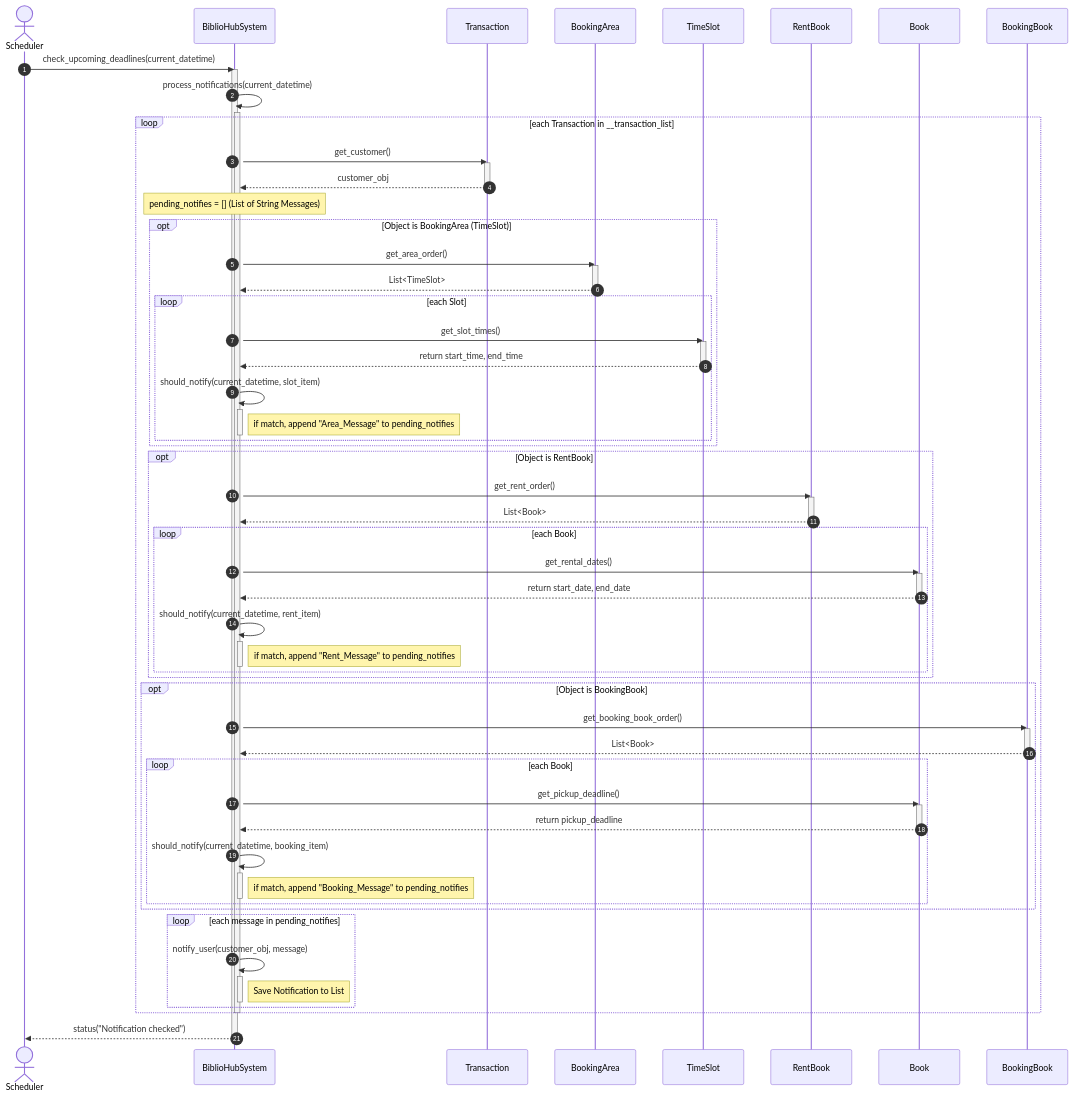
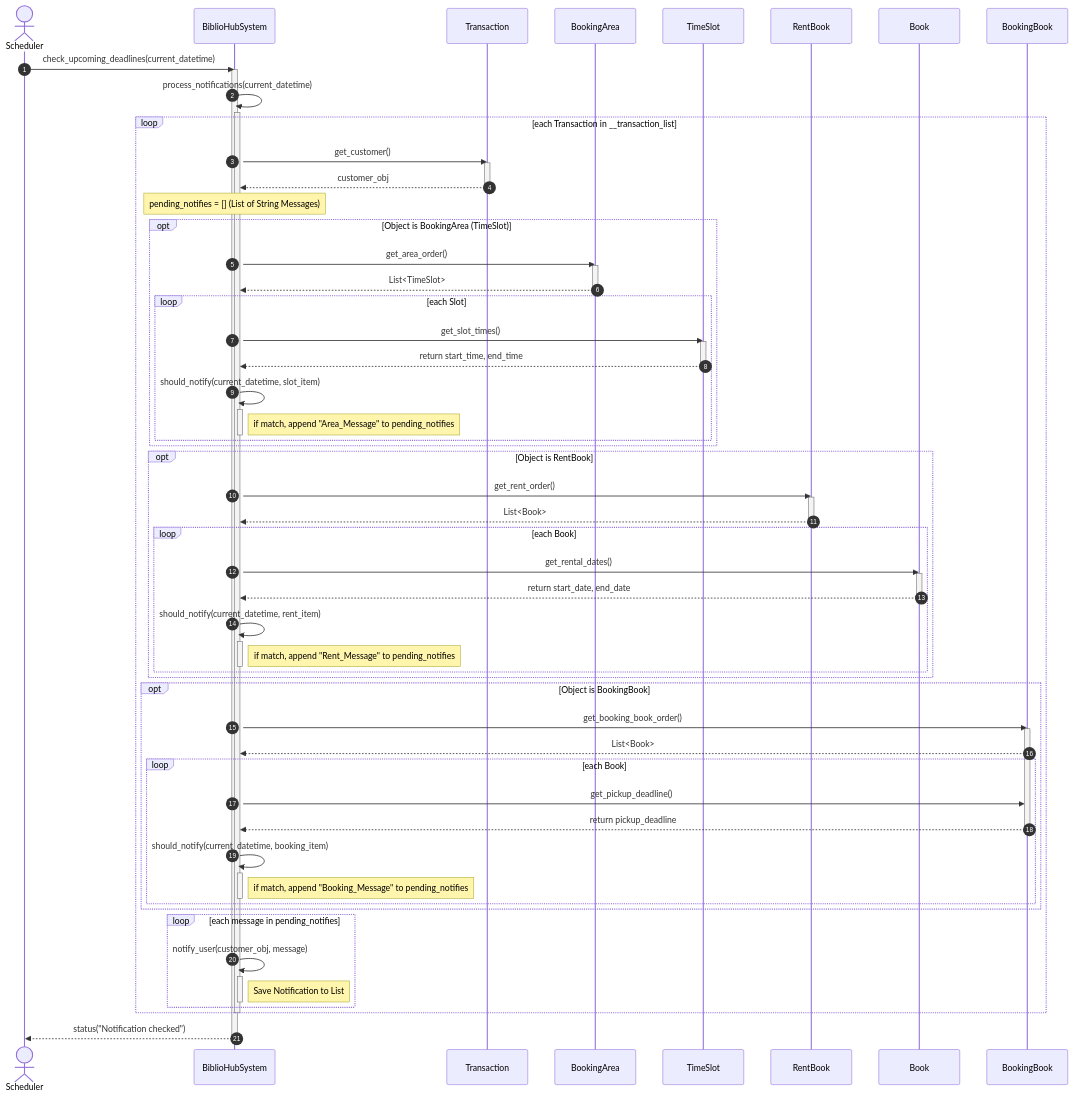
Before and after one commit to NadtaphumBadkhunthod/OOP: the diagram in mermaid/seq_notification.mmd, drawn with Mermaid.

Commit message:
Update seq

```diff
--- a/mermaid/seq_notification.mmd
+++ b/mermaid/seq_notification.mmd
@@ -1,89 +1,87 @@
 sequenceDiagram
     autonumber
     actor SCH as Scheduler
     participant SYS as BiblioHubSystem
     participant TS as Transaction
     participant BA as BookingArea
     participant TM as TimeSlot
     participant RB as RentBook
     participant B as Book
     participant BB as BookingBook
 
     SCH->>SYS: check_upcoming_deadlines(current_datetime)
     activate SYS
 
     SYS->>SYS: process_notifications(current_datetime)
     activate SYS
 
     loop each Transaction in __transaction_list
         SYS->>TS: get_customer()
         activate TS
         TS-->>SYS: customer_obj
         deactivate TS
 
         Note over SYS: pending_notifies = [] (List of String Messages)
 
         opt Object is BookingArea (TimeSlot)
             SYS->>BA: get_area_order()
             activate BA
             BA-->>SYS: List<TimeSlot>
             deactivate BA
             loop each Slot
                 SYS->>TM: get_slot_times()
                 activate TM
                 TM-->>SYS: return start_time, end_time
                 deactivate TM
                 SYS->>SYS: should_notify(current_datetime, slot_item)
                 activate SYS
                 Note right of SYS: if match, append "Area_Message" to pending_notifies
                 deactivate SYS
             end
         end
 
         opt Object is RentBook
             SYS->>RB: get_rent_order()
             activate RB
             RB-->>SYS: List<Book>
             deactivate RB
             loop each Book
                 SYS->>B: get_rental_dates()
                 activate B
                 B-->>SYS: return start_date, end_date
                 deactivate B
                 SYS->>SYS: should_notify(current_datetime, rent_item)
                 activate SYS
                 Note right of SYS: if match, append "Rent_Message" to pending_notifies
                 deactivate SYS
             end
         end
 
         opt Object is BookingBook
             SYS->>BB: get_booking_book_order()
             activate BB
             BB-->>SYS: List<Book>
-            deactivate BB
             loop each Book
-                SYS->>B: get_pickup_deadline()
-                activate B
-                B-->>SYS: return pickup_deadline
-                deactivate B
+                SYS->>BB: get_pickup_deadline()
+                BB-->>SYS: return pickup_deadline
+                deactivate BB
                 SYS->>SYS: should_notify(current_datetime, booking_item)
                 activate SYS
                 Note right of SYS: if match, append "Booking_Message" to pending_notifies
                 deactivate SYS
             end
         end
 
         loop each message in pending_notifies
             SYS->>SYS: notify_user(customer_obj, message)
             activate SYS
             Note right of SYS: Save Notification to List
             deactivate SYS
         end
 
     end
 
     deactivate SYS
 
     SYS-->>SCH: status("Notification checked")
     deactivate SYS
```
